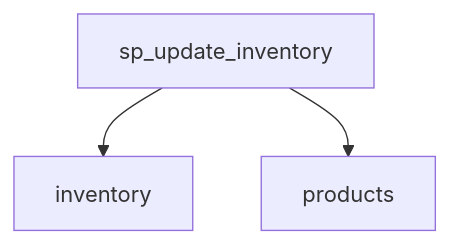
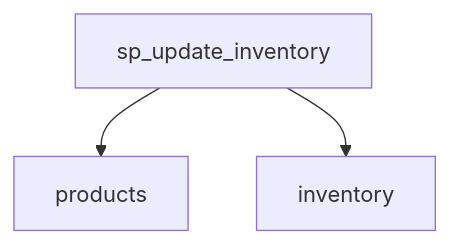
Before and after one commit to 25Jayesh10/Data_Lineage_Analyzer: the fourth of 5 diagrams in document/procedures.md, drawn with Mermaid. The commit also changed other lines of this file and 5 other files, not shown here.

````diff
--- a/document/procedures.md
+++ b/document/procedures.md
@@ -170,5 +170,5 @@
 ```mermaid
 graph TD
+    sp_update_inventory --> products
     sp_update_inventory --> inventory
-    sp_update_inventory --> products
 ```
````
